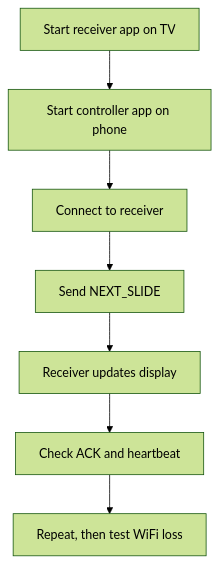
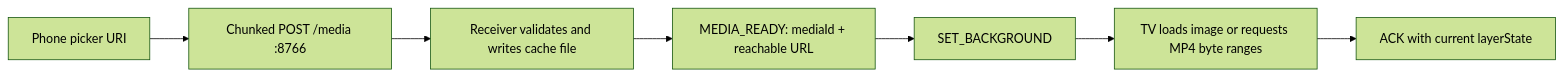
Before and after one commit to kratostheslayerofgod-cell/LyricsPresenter: the second of 3 diagrams in QUICK_REFERENCE.md, drawn with Mermaid (forest theme). The commit also changed other lines of this file and 29 other files, not shown here.

````diff
--- a/QUICK_REFERENCE.md
+++ b/QUICK_REFERENCE.md
@@ -192,9 +128,9 @@
 ```mermaid
-flowchart TD
-    A[Start receiver app on TV] --> B[Start controller app on phone]
-    B --> C[Connect to receiver]
-    C --> D[Send NEXT_SLIDE]
-    D --> E[Receiver updates display]
-    E --> F[Check ACK and heartbeat]
-    F --> G[Repeat, then test WiFi loss]
+flowchart LR
+    A[Phone picker URI] --> B[Chunked POST /media :8766]
+    B --> C[Receiver validates and writes cache file]
+    C --> D[MEDIA_READY: mediaId + reachable URL]
+    D --> E[SET_BACKGROUND]
+    E --> F[TV loads image or requests MP4 byte ranges]
+    F --> G[ACK with current layerState]
 ```
````
